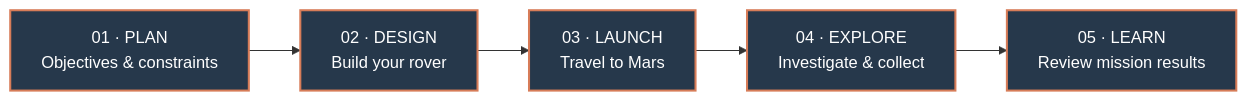
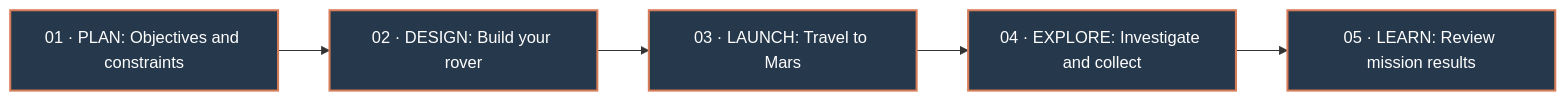
One commit to LiaLatla23/2Mars changed the diagram in README.md. Above: the diagram before and after it, drawn with Mermaid. The commit also changed other lines of this file, not shown here.

Commit message:
Fix Mermaid diagram Markdown rendering

````diff
--- a/README.md
+++ b/README.md
@@ -29,9 +28,9 @@
-  ```mermaid
+```mermaid
 flowchart LR
-    A["01 · PLAN<br/>Objectives & constraints"] --> B["02 · DESIGN<br/>Build your rover"]
-    B --> C["03 · LAUNCH<br/>Travel to Mars"]
-    C --> D["04 · EXPLORE<br/>Investigate & collect"]
-    D --> E["05 · LEARN<br/>Review mission results"]
+    A["01 · PLAN: Objectives and constraints"] --> B["02 · DESIGN: Build your rover"]
+    B --> C["03 · LAUNCH: Travel to Mars"]
+    C --> D["04 · EXPLORE: Investigate and collect"]
+    D --> E["05 · LEARN: Review mission results"]
     classDef stage fill:#26384b,stroke:#d77c58,color:#ffffff,stroke-width:2px
     class A,B,C,D,E stage
 ```
````
